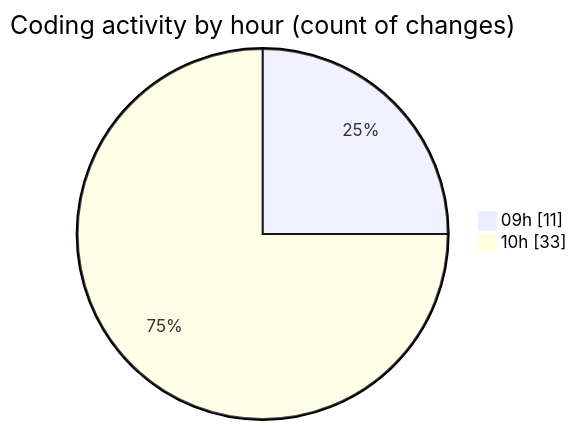
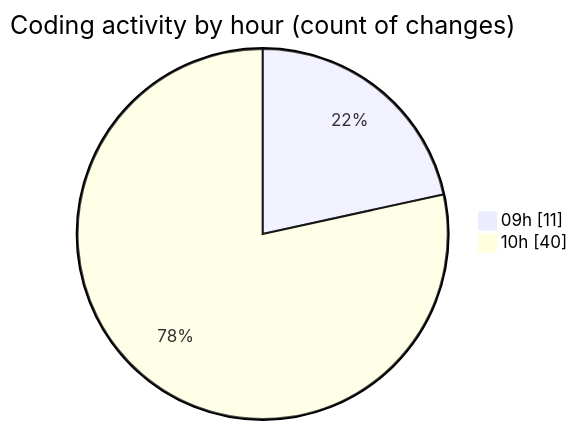
The second of 2 diagrams in 2025-05-27/ecodeli-1/README.md (CELIANVF/code-tracking), drawn with Mermaid before and after one commit. The commit also changed other lines of this file and 1 other file, not shown here.

````diff
--- a/2025-05-27/ecodeli-1/README.md
+++ b/2025-05-27/ecodeli-1/README.md
@@ -44,6 +45,6 @@
 ```mermaid
 pie showData
 title Coding activity by hour (count of changes)
 "09h" : 11
-"10h" : 33
+"10h" : 40
 ```
````
